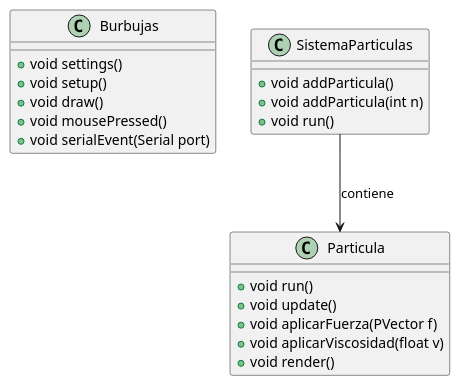
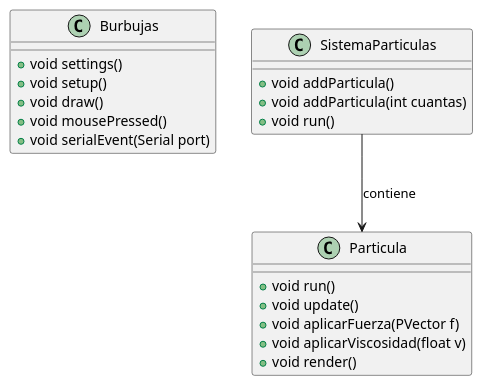
Before and after one commit to uma-dte-docencia/burbujas: the diagram in doc/classes_diagram.puml, drawn with PlantUML. The commit also changed 2 other files, not shown here.

```diff
--- a/doc/classes_diagram.puml
+++ b/doc/classes_diagram.puml
@@ -1,29 +1,29 @@
 @startuml classes_processing
 
 ' Declaración de las clases en Processing
 class Burbujas {
     +void settings()
     +void setup()
     +void draw()
     +void mousePressed()
     +void serialEvent(Serial port)
 }
 
 class Particula {
     +void run()
     +void update()
     +void aplicarFuerza(PVector f)
     +void aplicarViscosidad(float v)
     +void render()
 }
 
 class SistemaParticulas {
     +void addParticula()
-    +void addParticula(int n)
+    +void addParticula(int cuantas)
     +void run()
 }
 
 ' Relaciones entre las clases
 SistemaParticulas --> Particula : contiene
 
 @enduml
```
